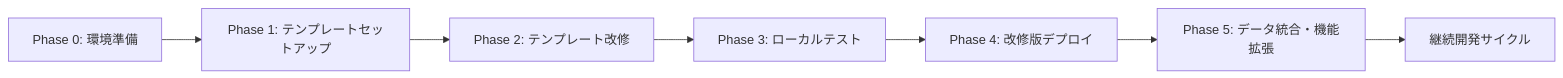
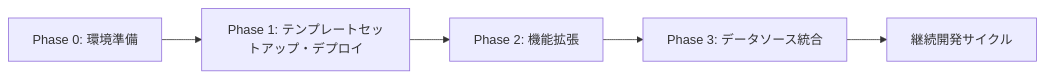
The first of 6 diagrams in README.md (PLUG365/DecisionFlow), drawn with Mermaid before and after one commit. The commit also changed other lines of this file and 1 other file, not shown here.

Commit message:
Phase構成を3フェーズに簡素化 - PHASE5をPHASE3にリネーム、README更新

````diff
--- a/README.md
+++ b/README.md
@@ -105,9 +107,7 @@
 ```mermaid
 graph LR
-    A[Phase 0: 環境準備] --> B[Phase 1: テンプレートセットアップ]
-    B --> C[Phase 2: テンプレート改修]
-    C --> D[Phase 3: ローカルテスト]
-    D --> E[Phase 4: 改修版デプロイ]
-    E --> F[Phase 5: データ統合・機能拡張]
-    F --> G[継続開発サイクル]
+    A[Phase 0: 環境準備] --> B[Phase 1: テンプレートセットアップ・デプロイ]
+    B --> C[Phase 2: 機能拡張]
+    C --> D[Phase 3: データソース統合]
+    D --> E[継続開発サイクル]
 ```
````
